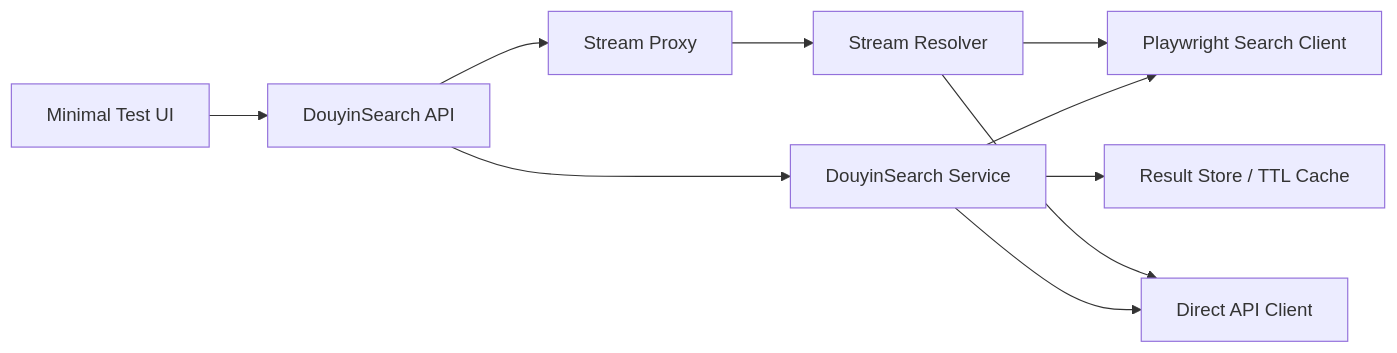
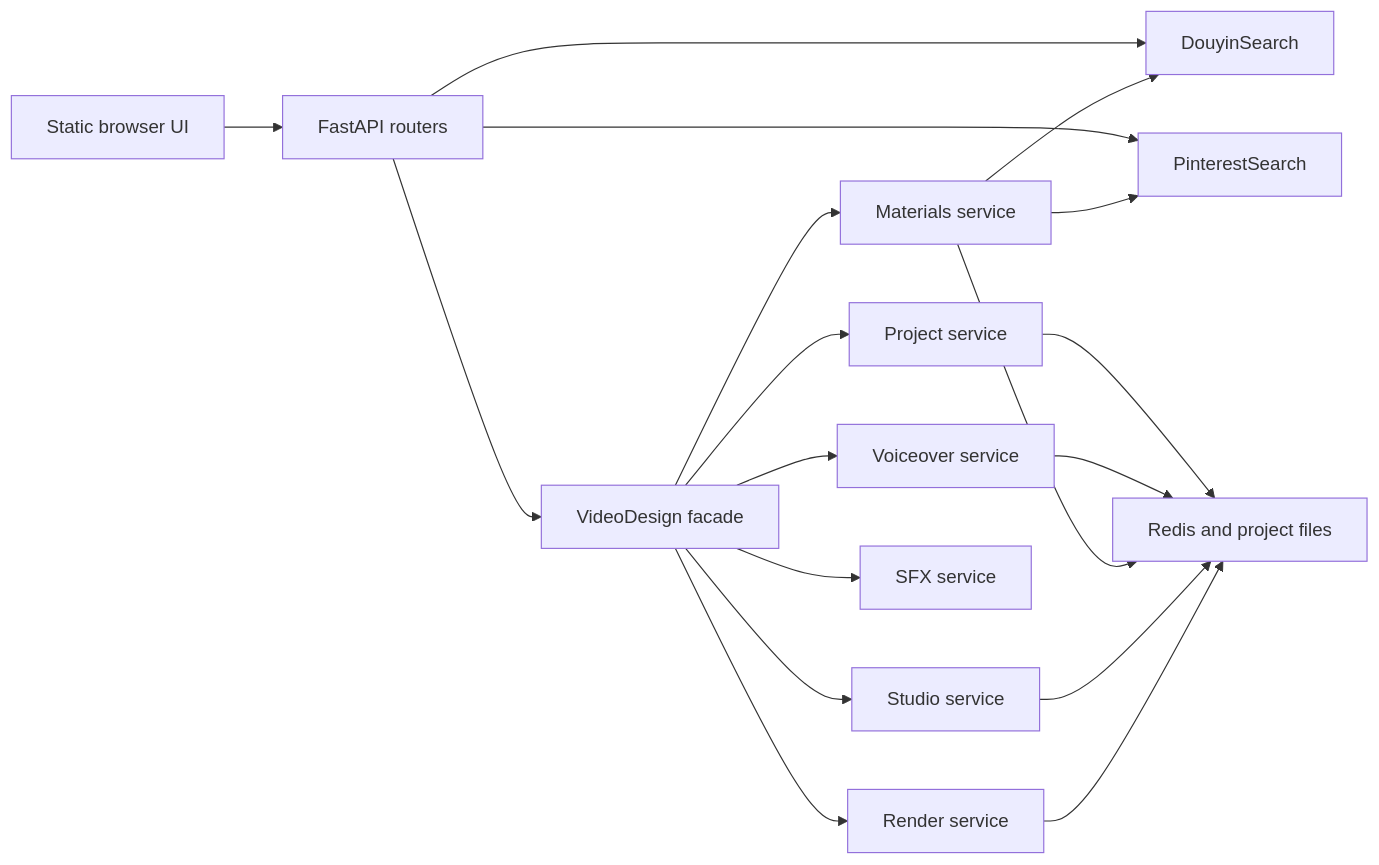
The diagram in docs/architecture.md (Bthangnguyen/video-pipeline), drawn with Mermaid before and after one commit. The commit also changed other lines of this file and 15 other files, not shown here.

````diff
--- a/docs/architecture.md
+++ b/docs/architecture.md
@@ -5,12 +5,20 @@
 ```mermaid
 flowchart LR
-    UI["Minimal Test UI"] --> API["DouyinSearch API"]
-    API --> Service["DouyinSearch Service"]
-    Service --> Browser["Playwright Search Client"]
-    Service --> Direct["Direct API Client"]
-    Service --> Store["Result Store / TTL Cache"]
-    API --> Stream["Stream Proxy"]
-    Stream --> Resolver["Stream Resolver"]
-    Resolver --> Browser
-    Resolver --> Direct
+    UI["Static browser UI"] --> API["FastAPI routers"]
+    API --> DS["DouyinSearch"]
+    API --> PS["PinterestSearch"]
+    API --> VD["VideoDesign facade"]
+    VD --> Project["Project service"]
+    VD --> Voice["Voiceover service"]
+    VD --> Materials["Materials service"]
+    VD --> Studio["Studio service"]
+    VD --> Render["Render service"]
+    VD --> SFX["SFX service"]
+    Materials --> DS
+    Materials --> PS
+    Project --> Store["Redis and project files"]
+    Voice --> Store
+    Materials --> Store
+    Studio --> Store
+    Render --> Store
 ```
````
